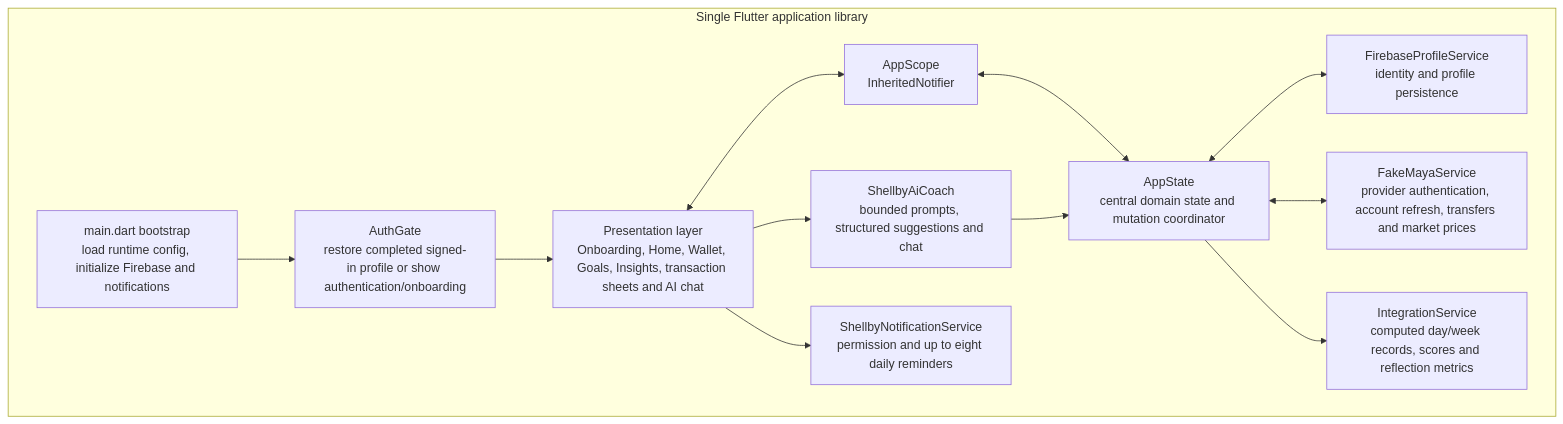
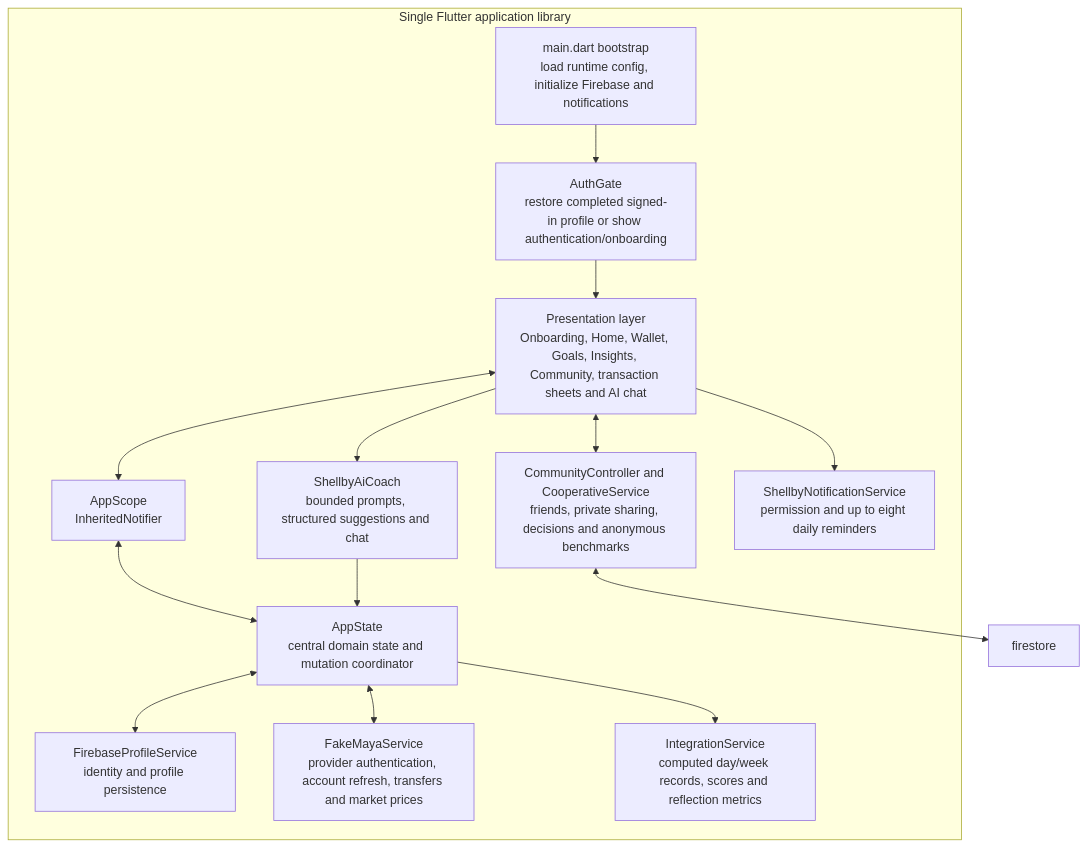
The second of 2 diagrams in docs/updated-system-architecture.md (Sn3s/cap1), drawn with Mermaid before and after one commit. The commit also changed other lines of this file and 6 other files, not shown here.

First line of the commit message:
Harden community consent and verify deployed flows

````diff
--- a/docs/updated-system-architecture.md
+++ b/docs/updated-system-architecture.md
@@ -55,26 +51,29 @@
 ```mermaid
 flowchart TB
   subgraph flutter[Single Flutter application library]
     boot[main.dart bootstrap\nload runtime config, initialize Firebase and notifications]
     authgate[AuthGate\nrestore completed signed-in profile or show authentication/onboarding]
-    ui[Presentation layer\nOnboarding, Home, Wallet, Goals, Insights, transaction sheets and AI chat]
+    ui[Presentation layer\nOnboarding, Home, Wallet, Goals, Insights, Community, transaction sheets and AI chat]
     scope[AppScope\nInheritedNotifier]
     state[AppState\ncentral domain state and mutation coordinator]
     profile[FirebaseProfileService\nidentity and profile persistence]
     maya[FakeMayaService\nprovider authentication, account refresh, transfers and market prices]
     integration[IntegrationService\ncomputed day/week records, scores and reflection metrics]
     coach[ShellbyAiCoach\nbounded prompts, structured suggestions and chat]
+    community[CommunityController and CooperativeService\nfriends, private sharing, decisions and anonymous benchmarks]
     reminders[ShellbyNotificationService\npermission and up to eight daily reminders]
   end
 
   boot --> authgate
   authgate --> ui
   ui <--> scope
   scope <--> state
   state <--> profile
   state <--> maya
   state --> integration
   ui --> coach
   coach --> state
+  ui <--> community
+  community <--> firestore
   ui --> reminders
 ```
````
